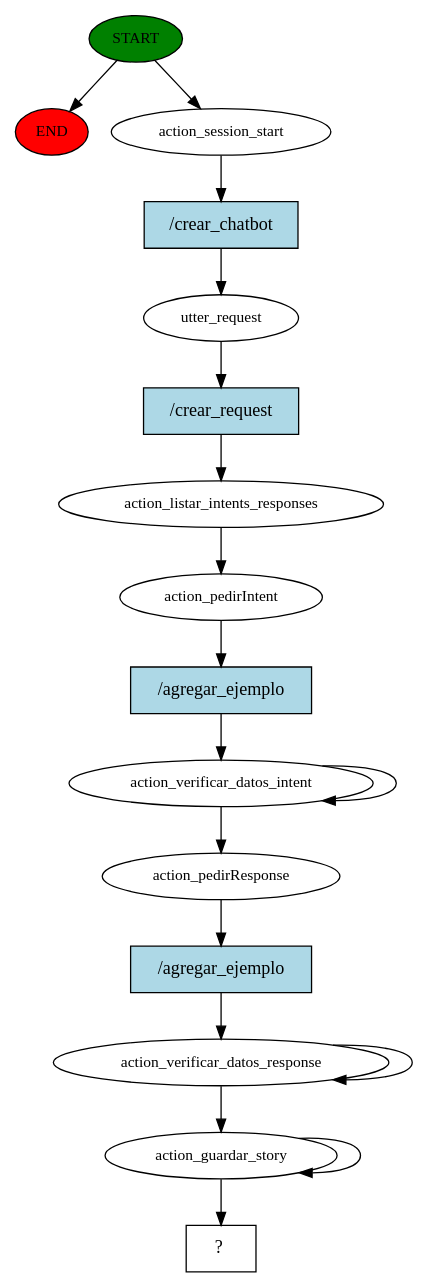
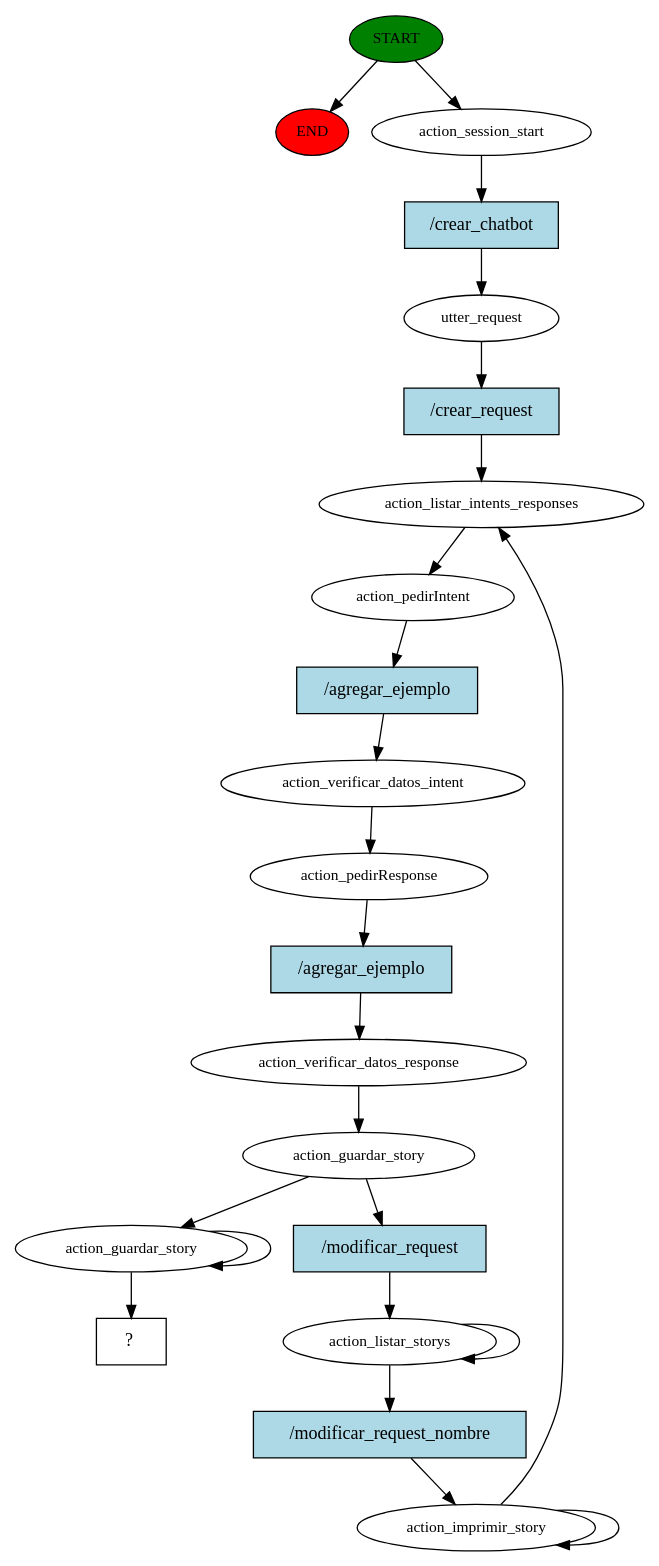
One commit to Agustin-Zucchi/BotDisenio changed the diagram in story_graph.dot. Above: the diagram before and after it, drawn with Graphviz. The commit also changed 50 other files, not shown here.

```diff
--- a/story_graph.dot
+++ b/story_graph.dot
@@ -1,34 +1,45 @@
 digraph  {
 0 [class="start active", fillcolor=green, fontsize=12, label=START, style=filled];
 "-1" [class=end, fillcolor=red, fontsize=12, label=END, style=filled];
 1 [class=active, fontsize=12, label=action_session_start];
 2 [class=active, fontsize=12, label=utter_request];
 3 [class=active, fontsize=12, label=action_listar_intents_responses];
 4 [class=active, fontsize=12, label=action_pedirIntent];
 5 [class=active, fontsize=12, label=action_verificar_datos_intent];
-7 [class=active, fontsize=12, label=action_pedirResponse];
-8 [class=active, fontsize=12, label=action_verificar_datos_response];
-10 [class=active, fontsize=12, label=action_guardar_story];
-12 [class="intent dashed active", label="  ?  ", shape=rect];
-13 [class="intent active", fillcolor=lightblue, label="/crear_chatbot", shape=rect, style=filled];
-14 [class="intent active", fillcolor=lightblue, label="/crear_request", shape=rect, style=filled];
-15 [class="intent active", fillcolor=lightblue, label="/agregar_ejemplo", shape=rect, style=filled];
-16 [class="intent active", fillcolor=lightblue, label="/agregar_ejemplo", shape=rect, style=filled];
+6 [class=active, fontsize=12, label=action_pedirResponse];
+7 [class=active, fontsize=12, label=action_verificar_datos_response];
+8 [class=active, fontsize=12, label=action_guardar_story];
+9 [class=active, fontsize=12, label=action_listar_storys];
+11 [class=active, fontsize=12, label=action_imprimir_story];
+20 [class=active, fontsize=12, label=action_guardar_story];
+24 [class="intent dashed active", label="  ?  ", shape=rect];
+25 [class="intent active", fillcolor=lightblue, label="/crear_chatbot", shape=rect, style=filled];
+26 [class="intent active", fillcolor=lightblue, label="/crear_request", shape=rect, style=filled];
+27 [class="intent active", fillcolor=lightblue, label="/agregar_ejemplo", shape=rect, style=filled];
+28 [class="intent active", fillcolor=lightblue, label="/agregar_ejemplo", shape=rect, style=filled];
+29 [class="intent active", fillcolor=lightblue, label="/modificar_request", shape=rect, style=filled];
+30 [class="intent active", fillcolor=lightblue, label="/modificar_request_nombre", shape=rect, style=filled];
 0 -> "-1"  [class="", key=NONE, label=""];
 0 -> 1  [class=active, key=NONE, label=""];
-1 -> 13  [class=active, key=0];
-2 -> 14  [class=active, key=0];
+1 -> 25  [class=active, key=0];
+2 -> 26  [class=active, key=0];
 3 -> 4  [class=active, key=NONE, label=""];
-4 -> 15  [class=active, key=0];
-5 -> 7  [class=active, key=NONE, label=""];
-5 -> 5  [class=active, key=NONE, label=""];
-7 -> 16  [class=active, key=0];
-8 -> 10  [class=active, key=NONE, label=""];
-8 -> 8  [class=active, key=NONE, label=""];
-10 -> 12  [class=active, key=NONE, label=""];
-10 -> 10  [class=active, key=NONE, label=""];
-13 -> 2  [class=active, key=0];
-14 -> 3  [class=active, key=0];
-15 -> 5  [class=active, key=0];
-16 -> 8  [class=active, key=0];
+4 -> 27  [class=active, key=0];
+5 -> 6  [class=active, key=NONE, label=""];
+6 -> 28  [class=active, key=0];
+7 -> 8  [class=active, key=NONE, label=""];
+8 -> 20  [class=active, key=NONE, label=""];
+8 -> 29  [class=active, key=0];
+9 -> 9  [class=active, key=NONE, label=""];
+9 -> 30  [class=active, key=0];
+11 -> 11  [class=active, key=NONE, label=""];
+11 -> 3  [class=active, key=NONE, label=""];
+20 -> 20  [class=active, key=NONE, label=""];
+20 -> 24  [class=active, key=NONE, label=""];
+25 -> 2  [class=active, key=0];
+26 -> 3  [class=active, key=0];
+27 -> 5  [class=active, key=0];
+28 -> 7  [class=active, key=0];
+29 -> 9  [class=active, key=0];
+30 -> 11  [class=active, key=0];
 }
```
